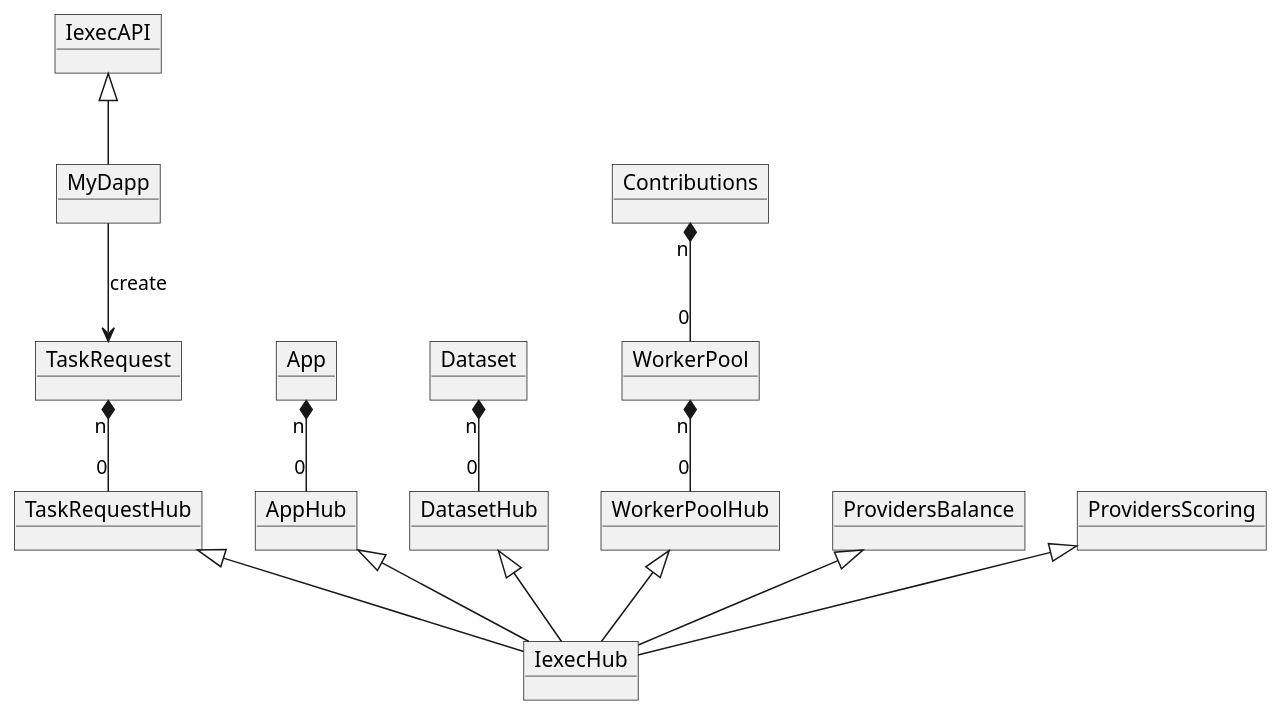
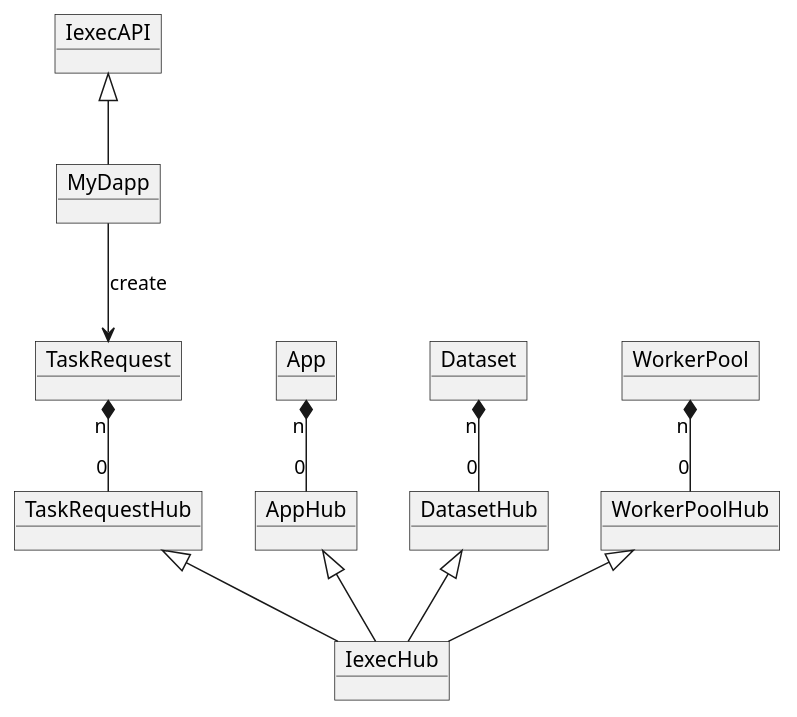
One commit to iExecBlockchainComputing/PoCo changed the diagram in uml/ContractV2.puml. Above: the diagram before and after it, drawn with PlantUML. The commit also changed 10 other files, not shown here.

Commit message:
update uml without contribution.sol

```diff
--- a/uml/ContractV2.puml
+++ b/uml/ContractV2.puml
@@ -1,40 +1,37 @@
 @startuml
 object IexecAPI
 object MyDapp
-object Contributions
+
 IexecAPI <|-- MyDapp
 
 object App
 object AppHub
 
 object Dataset
 object DatasetHub
 
 object TaskRequest
 object TaskRequestHub
 
 object WorkerPool
 object WorkerPoolHub
 
-object ProvidersBalance
-object ProvidersScoring
 object IexecHub
 
 AppHub <|-- IexecHub
 DatasetHub <|-- IexecHub
 WorkerPoolHub <|-- IexecHub
 TaskRequestHub <|-- IexecHub
-ProvidersBalance <|-- IexecHub
-ProvidersScoring <|-- IexecHub
+
 
 WorkerPool "n" *-- "0" WorkerPoolHub
 App "n" *-- "0" AppHub
 Dataset "n" *-- "0" DatasetHub
 TaskRequest "n" *-- "0" TaskRequestHub
 
 
 
 MyDapp --> TaskRequest: create
-Contributions  "n" *--"0" WorkerPool
+
 
 @enduml
```
